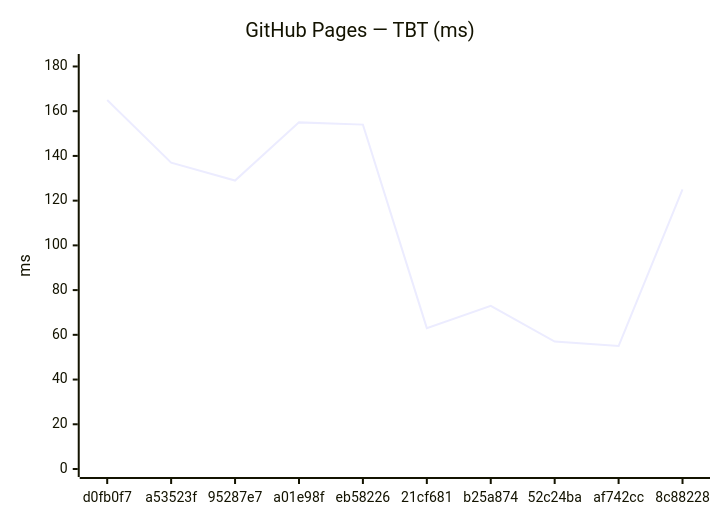
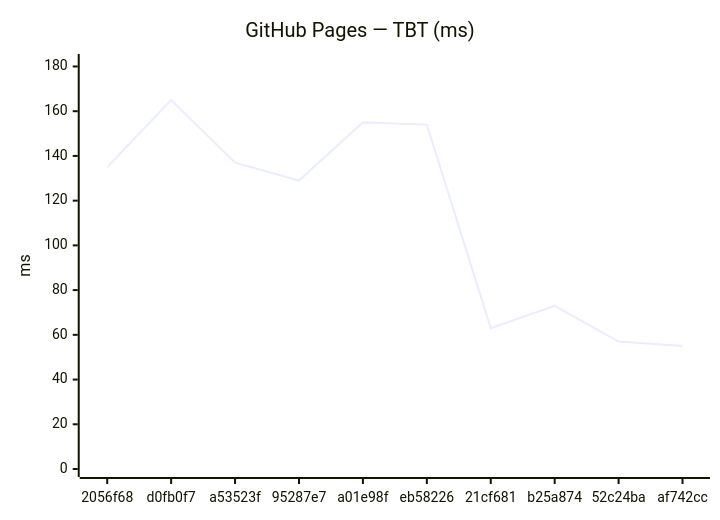
One commit to Metaheurist/Rianell changed the fourth of 18 diagrams in benchmarks/compare.md. Above: the diagram before and after it, drawn with Mermaid. The commit also changed other lines of this file and 11 other files, not shown here.

````diff
--- a/benchmarks/compare.md
+++ b/benchmarks/compare.md
@@ -61,7 +61,7 @@
 ```mermaid
 xychart-beta
     title "GitHub Pages — TBT (ms)"
-    x-axis ["d0fb0f7", "a53523f", "95287e7", "a01e98f", "eb58226", "21cf681", "b25a874", "52c24ba", "af742cc", "8c88228"]
+    x-axis ["2056f68", "d0fb0f7", "a53523f", "95287e7", "a01e98f", "eb58226", "21cf681", "b25a874", "52c24ba", "af742cc"]
     y-axis "ms" 0 --> 182
-    line [165, 137, 129, 155, 154, 63, 73, 57, 55, 125]
+    line [135, 165, 137, 129, 155, 154, 63, 73, 57, 55]
 ```
````
